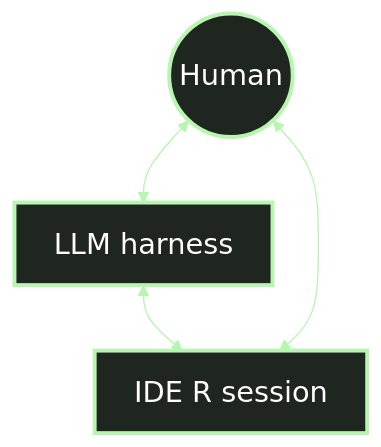
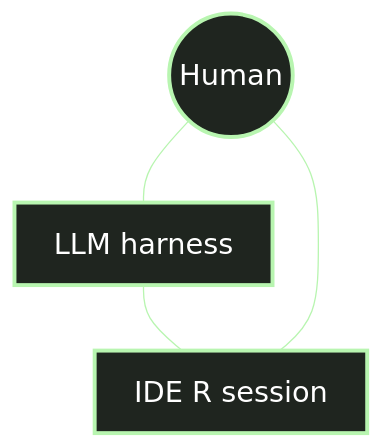
The second of 3 diagrams in mcp-repl-useR-lightning.qmd (posit-dev/mcp-repl), drawn with Mermaid before and after one commit. The commit also changed other lines of this file and 1 other file, not shown here.

````diff
--- a/mcp-repl-useR-lightning.qmd
+++ b/mcp-repl-useR-lightning.qmd
@@ -315,13 +315,13 @@
 ```{mermaid}
 %%{init: {"theme": "base", "themeVariables": {"background": "transparent", "fontSize": "22px", "primaryColor": "#1f251f", "primaryTextColor": "#ffffff", "primaryBorderColor": "#b8f5b0", "lineColor": "#b8f5b0", "fontFamily": "system-ui, sans-serif"}}}%%
 flowchart TB
   human((Human))
   harness["LLM harness"]
   repl["IDE R session"]
-  human <--> harness
-  harness <--> repl
-  human <--> repl
+  human --- harness
+  harness --- repl
+  human --- repl
 
   classDef ideBox fill:#1f251f,stroke:#b8f5b0,color:#ffffff,stroke-width:3px,font-size:22px;
   class human,harness,repl ideBox;
 ```
````
